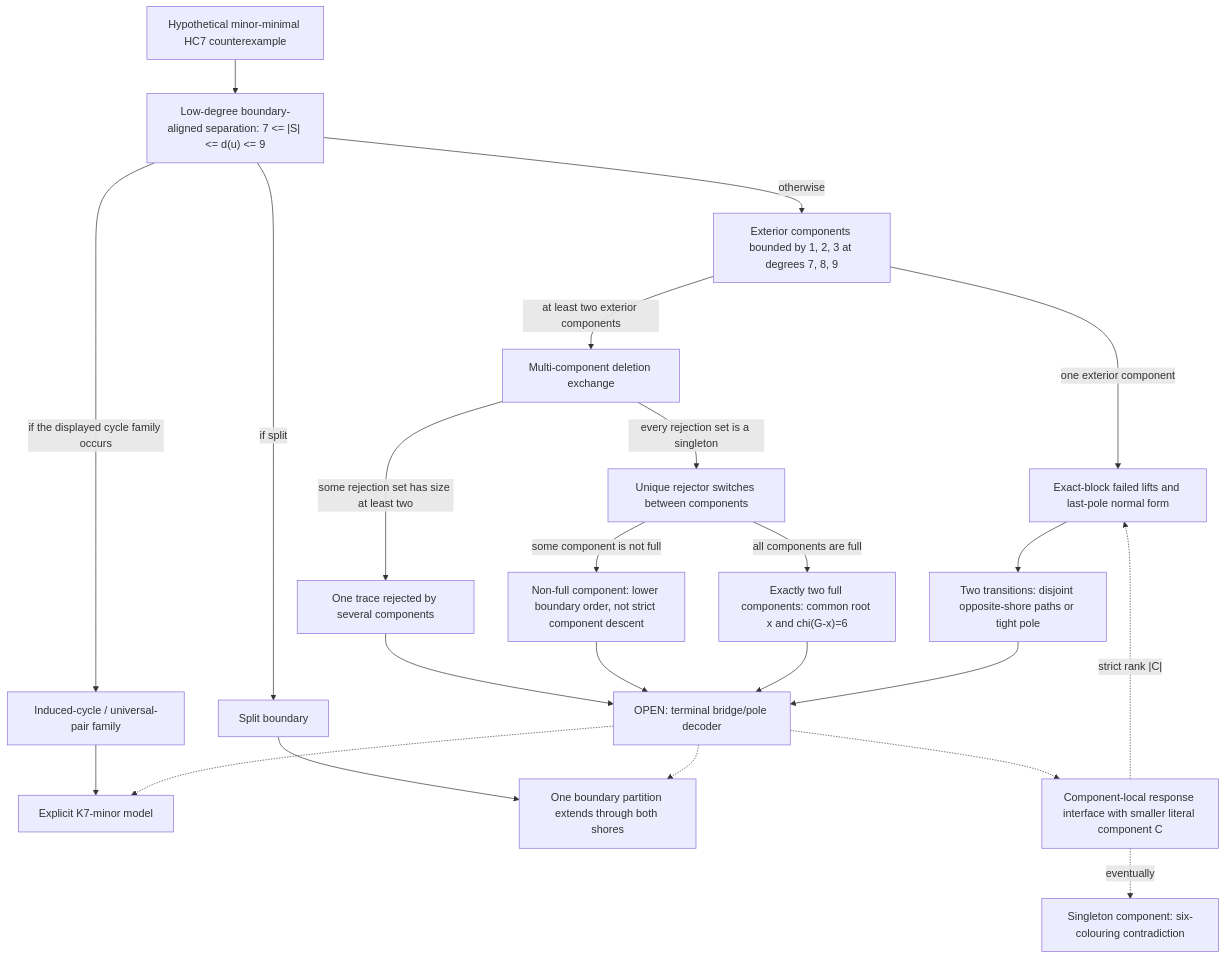
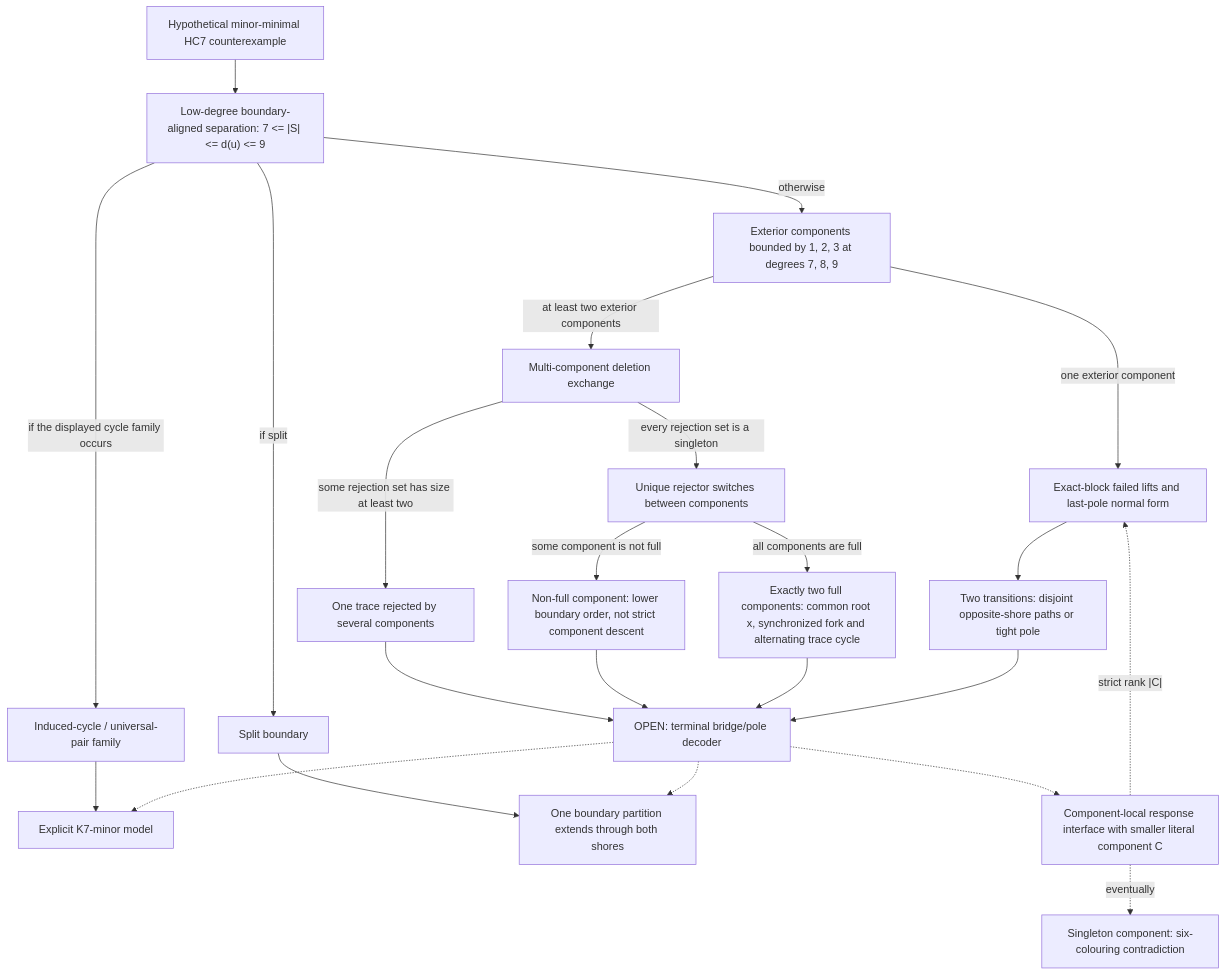
Before and after one commit to cavit99/hadwiger-hc7: the first of 2 diagrams in active/hc7_live_case_dag.md, drawn with Mermaid. The commit also changed other lines of this file and 10 other files, not shown here.

Commit message:
research: force coherent common-root trace cycles

````diff
--- a/active/hc7_live_case_dag.md
+++ b/active/hc7_live_case_dag.md
@@ -44,38 +44,38 @@
 ```mermaid
 flowchart TD
   G0["Hypothetical minor-minimal HC7 counterexample"]
   E["Low-degree boundary-aligned separation: 7 <= |S| <= d(u) <= 9"]
   CN["Exterior components bounded by 1, 2, 3 at degrees 7, 8, 9"]
   SP["Split boundary"]
   CY["Induced-cycle / universal-pair family"]
   KP["Exact-block failed lifts and last-pole normal form"]
   TT["Two transitions: disjoint opposite-shore paths or tight pole"]
   MX["Multi-component deletion exchange"]
   CT["One trace rejected by several components"]
   UR["Unique rejector switches between components"]
   LB["Non-full component: lower boundary order, not strict component descent"]
-  CR["Exactly two full components: common root x and chi(G-x)=6"]
+  CR["Exactly two full components: common root x, synchronized fork and alternating trace cycle"]
   M["OPEN: terminal bridge/pole decoder"]
   K7["Explicit K7-minor model"]
   CP["One boundary partition extends through both shores"]
   R["Component-local response interface with smaller literal component C"]
   ONE["Singleton component: six-colouring contradiction"]
 
   G0 --> E
   E -->|"if split"| SP --> CP
   E -->|"if the displayed cycle family occurs"| CY --> K7
   E -->|"otherwise"| CN
   CN -->|"one exterior component"| KP
   CN -->|"at least two exterior components"| MX
   MX -->|"some rejection set has size at least two"| CT --> M
   MX -->|"every rejection set is a singleton"| UR
   UR -->|"some component is not full"| LB --> M
   UR -->|"all components are full"| CR --> M
   KP --> TT
   TT --> M
   M -.-> K7
   M -.-> CP
   M -.-> R
   R -.->|"strict rank |C|"| KP
   R -.->|"eventually"| ONE
 ```
````
